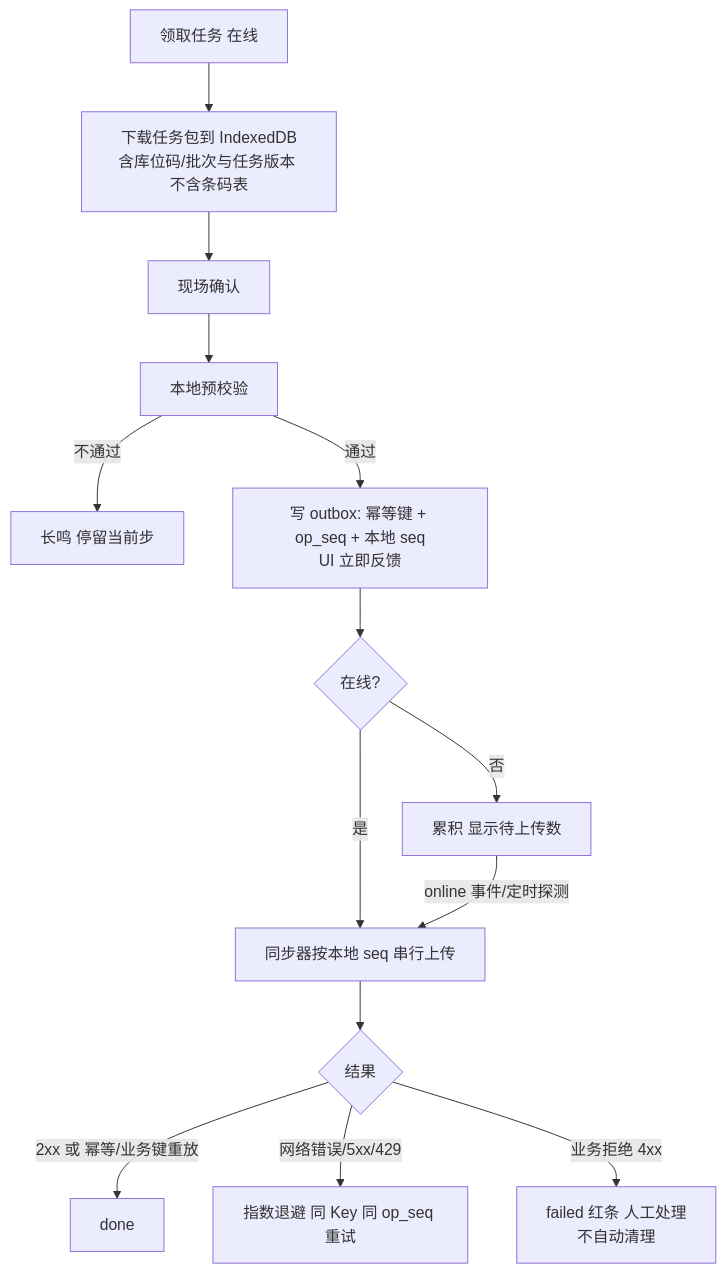
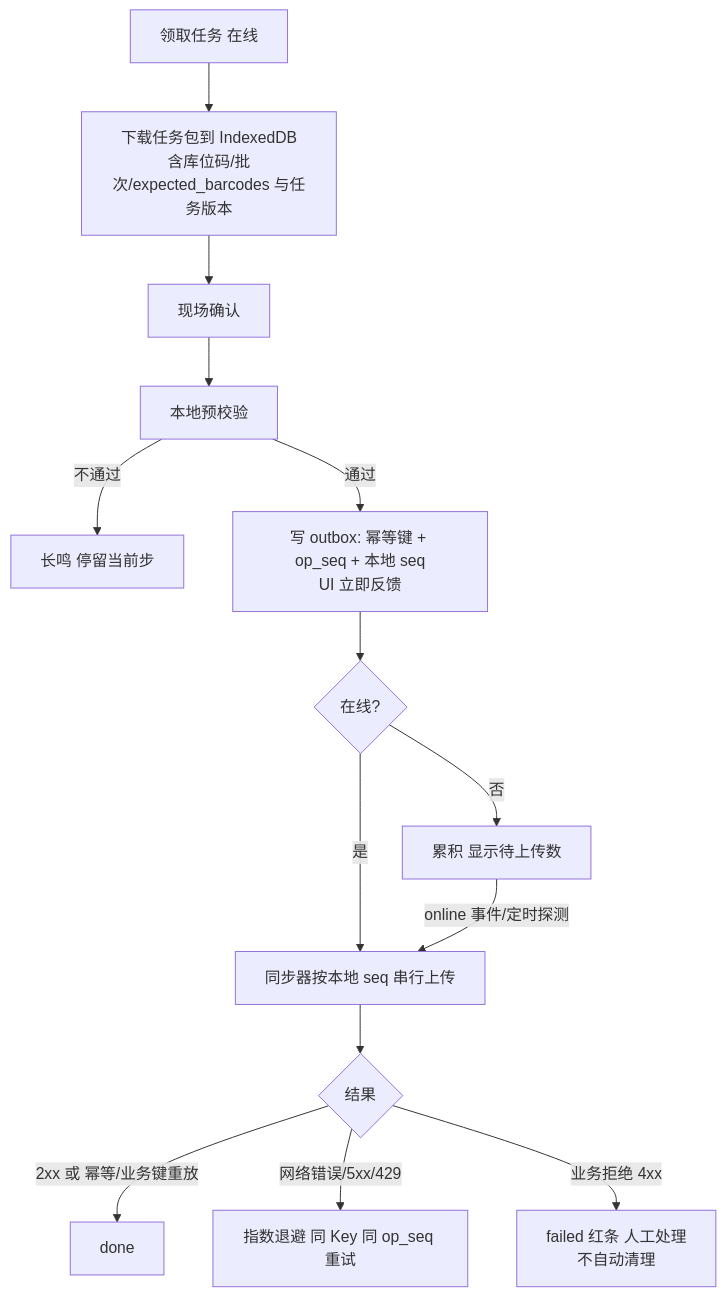
Before and after one commit to Akarin7784/fresh-wms: the first of 3 diagrams in docs/14-分拣H5-PDA端.md, drawn with Mermaid. The commit also changed other lines of this file and 1 other file, not shown here.

Commit message:
docs: 对齐大肥鱼裁决：GET /me、GET /approvals(/{id})、40110 detail.reason 三分支、expected_barcodes 离线预校验、SoD-2 豁免全部系统冻结、非计划切换三人

````diff
--- a/docs/14-分拣H5-PDA端.md
+++ b/docs/14-分拣H5-PDA端.md
@@ -135,16 +135,16 @@
 ```mermaid
 flowchart TD
-  A[领取任务 在线] --> B[下载任务包到 IndexedDB<br/>含库位码/批次与任务版本 不含条码表]
+  A[领取任务 在线] --> B[下载任务包到 IndexedDB<br/>含库位码/批次/expected_barcodes 与任务版本]
   B --> C[现场确认]
   C --> D[本地预校验]
   D -->|不通过| E[长鸣 停留当前步]
   D -->|通过| F[写 outbox: 幂等键 + op_seq + 本地 seq<br/>UI 立即反馈]
   F --> G{在线?}
   G -->|是| H[同步器按本地 seq 串行上传]
   G -->|否| I[累积 显示待上传数]
   I -->|online 事件/定时探测| H
   H --> J{结果}
   J -->|2xx 或 幂等/业务键重放| K[done]
   J -->|网络错误/5xx/429| L[指数退避 同 Key 同 op_seq 重试]
   J -->|业务拒绝 4xx| M[failed 红条 人工处理<br/>不自动清理]
 ```
````
